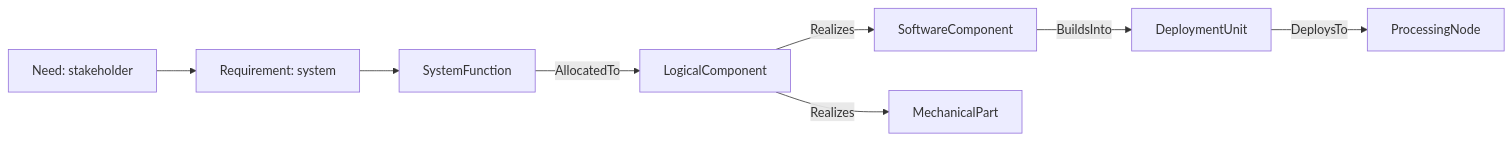
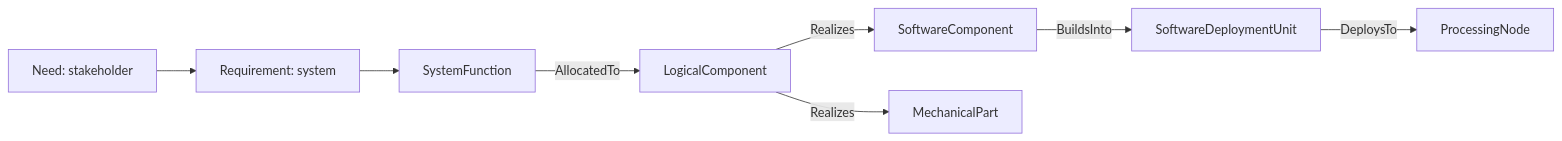
One commit to memoarchitect/memo changed the diagram in docs/layers/requirements-architecture.md. Above: the diagram before and after it, drawn with Mermaid. The commit also changed other lines of this file and 14 other files, not shown here.

Commit message:
refactor: clarify software deployment units

````diff
--- a/docs/layers/requirements-architecture.md
+++ b/docs/layers/requirements-architecture.md
@@ -66,10 +66,10 @@
 ```mermaid
 flowchart LR
     Need[Need: stakeholder] --> Req[Requirement: system]
     Req --> Function[SystemFunction]
     Function -->|AllocatedTo| Logical[LogicalComponent]
     Logical -->|Realizes| Module[SoftwareComponent]
-    Module -->|BuildsInto| Unit[DeploymentUnit]
+    Module -->|BuildsInto| Unit[SoftwareDeploymentUnit]
     Unit -->|DeploysTo| Node[ProcessingNode]
     Logical -->|Realizes| Mech[MechanicalPart]
 ```
````
